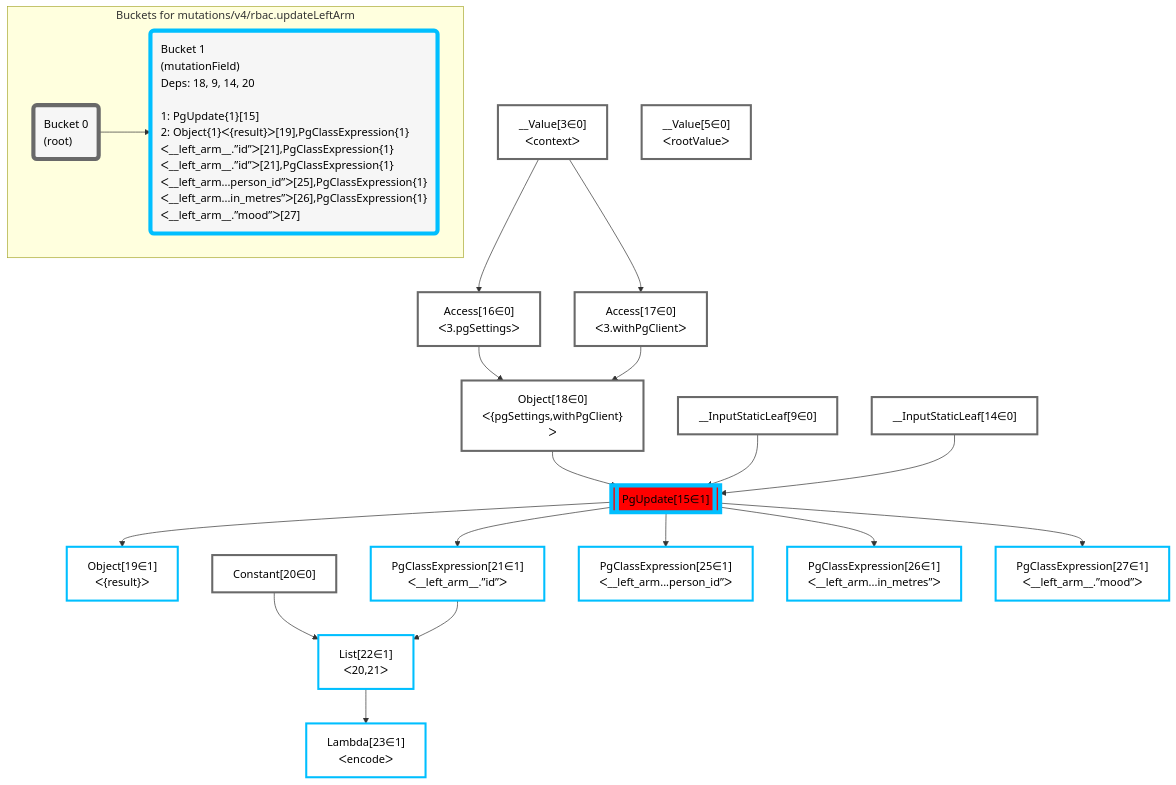
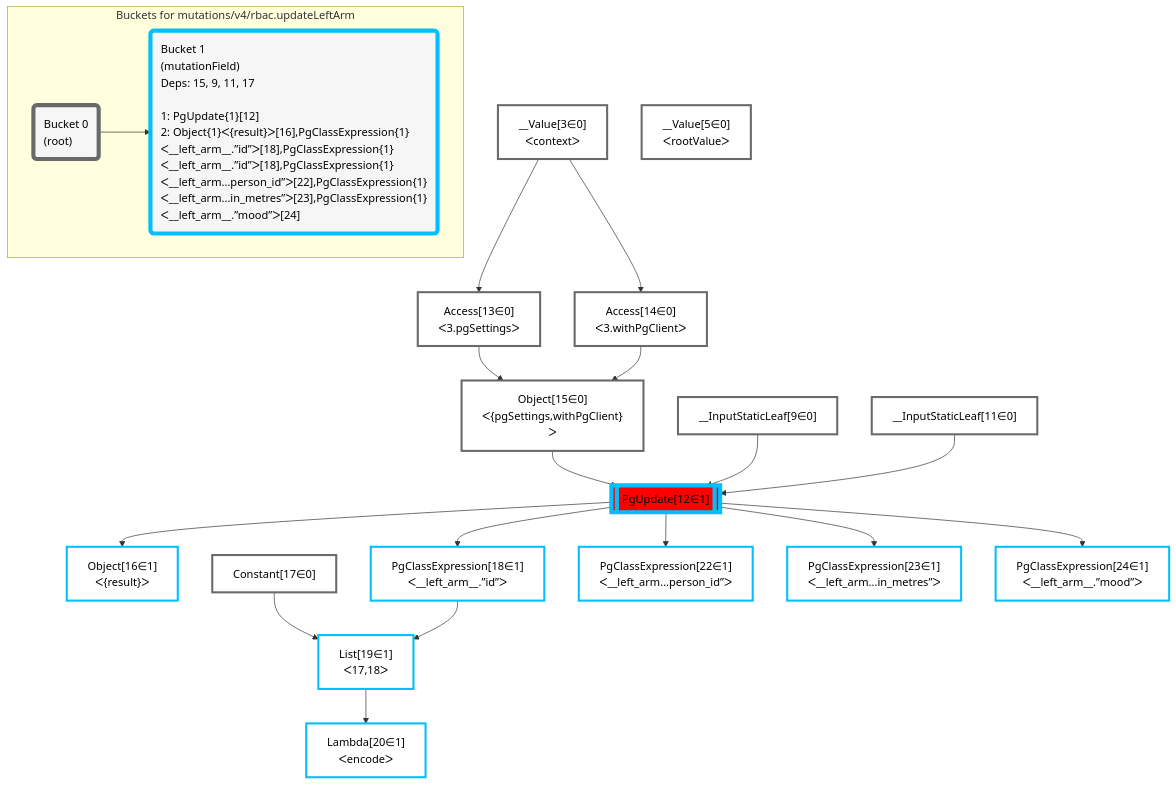
The diagram in packages/postgraphile/__tests__/mutations/v4/rbac.updateLeftArm.mermaid (graphile/crystal), drawn with Mermaid before and after one commit. The commit also changed 4 other files, not shown here.

Commit message:
Update mermaid plans

```diff
--- a/packages/postgraphile/__tests__/mutations/v4/rbac.updateLeftArm.mermaid
+++ b/packages/postgraphile/__tests__/mutations/v4/rbac.updateLeftArm.mermaid
@@ -1,48 +1,48 @@
 graph TD
     classDef path fill:#eee,stroke:#000,color:#000
     classDef plan fill:#fff,stroke-width:3px,color:#000
     classDef itemplan fill:#fff,stroke-width:6px,color:#000
     classDef sideeffectplan fill:#f00,stroke-width:6px,color:#000
     classDef bucket fill:#f6f6f6,color:#000,stroke-width:6px,text-align:left
 
 
     %% define steps
     __Value3["__Value[3∈0]<br />ᐸcontextᐳ"]:::plan
     __Value5["__Value[5∈0]<br />ᐸrootValueᐳ"]:::plan
     __InputStaticLeaf9["__InputStaticLeaf[9∈0]"]:::plan
-    __InputStaticLeaf14["__InputStaticLeaf[14∈0]"]:::plan
-    Access16["Access[16∈0]<br />ᐸ3.pgSettingsᐳ"]:::plan
-    Access17["Access[17∈0]<br />ᐸ3.withPgClientᐳ"]:::plan
-    Object18["Object[18∈0]<br />ᐸ{pgSettings,withPgClient}ᐳ"]:::plan
-    PgUpdate15[["PgUpdate[15∈1]"]]:::sideeffectplan
-    Object19["Object[19∈1]<br />ᐸ{result}ᐳ"]:::plan
-    Constant20["Constant[20∈0]"]:::plan
-    PgClassExpression21["PgClassExpression[21∈1]<br />ᐸ__left_arm__.”id”ᐳ"]:::plan
-    List22["List[22∈1]<br />ᐸ20,21ᐳ"]:::plan
-    Lambda23["Lambda[23∈1]<br />ᐸencodeᐳ"]:::plan
-    PgClassExpression25["PgClassExpression[25∈1]<br />ᐸ__left_arm...person_id”ᐳ"]:::plan
-    PgClassExpression26["PgClassExpression[26∈1]<br />ᐸ__left_arm...in_metres”ᐳ"]:::plan
-    PgClassExpression27["PgClassExpression[27∈1]<br />ᐸ__left_arm__.”mood”ᐳ"]:::plan
+    __InputStaticLeaf11["__InputStaticLeaf[11∈0]"]:::plan
+    Access13["Access[13∈0]<br />ᐸ3.pgSettingsᐳ"]:::plan
+    Access14["Access[14∈0]<br />ᐸ3.withPgClientᐳ"]:::plan
+    Object15["Object[15∈0]<br />ᐸ{pgSettings,withPgClient}ᐳ"]:::plan
+    PgUpdate12[["PgUpdate[12∈1]"]]:::sideeffectplan
+    Object16["Object[16∈1]<br />ᐸ{result}ᐳ"]:::plan
+    Constant17["Constant[17∈0]"]:::plan
+    PgClassExpression18["PgClassExpression[18∈1]<br />ᐸ__left_arm__.”id”ᐳ"]:::plan
+    List19["List[19∈1]<br />ᐸ17,18ᐳ"]:::plan
+    Lambda20["Lambda[20∈1]<br />ᐸencodeᐳ"]:::plan
+    PgClassExpression22["PgClassExpression[22∈1]<br />ᐸ__left_arm...person_id”ᐳ"]:::plan
+    PgClassExpression23["PgClassExpression[23∈1]<br />ᐸ__left_arm...in_metres”ᐳ"]:::plan
+    PgClassExpression24["PgClassExpression[24∈1]<br />ᐸ__left_arm__.”mood”ᐳ"]:::plan
 
     %% plan dependencies
-    __Value3 --> Access16
-    __Value3 --> Access17
-    Access16 & Access17 --> Object18
-    Object18 & __InputStaticLeaf9 & __InputStaticLeaf14 --> PgUpdate15
-    PgUpdate15 --> Object19
-    PgUpdate15 --> PgClassExpression21
-    Constant20 & PgClassExpression21 --> List22
-    List22 --> Lambda23
-    PgUpdate15 --> PgClassExpression25
-    PgUpdate15 --> PgClassExpression26
-    PgUpdate15 --> PgClassExpression27
+    __Value3 --> Access13
+    __Value3 --> Access14
+    Access13 & Access14 --> Object15
+    Object15 & __InputStaticLeaf9 & __InputStaticLeaf11 --> PgUpdate12
+    PgUpdate12 --> Object16
+    PgUpdate12 --> PgClassExpression18
+    Constant17 & PgClassExpression18 --> List19
+    List19 --> Lambda20
+    PgUpdate12 --> PgClassExpression22
+    PgUpdate12 --> PgClassExpression23
+    PgUpdate12 --> PgClassExpression24
 
     subgraph "Buckets for mutations/v4/rbac.updateLeftArm"
     Bucket0("Bucket 0<br />(root)"):::bucket
     classDef bucket0 stroke:#696969
-    class Bucket0,__Value3,__Value5,__InputStaticLeaf9,__InputStaticLeaf14,Access16,Access17,Object18,Constant20 bucket0
-    Bucket1("Bucket 1<br />(mutationField)<br />Deps: 18, 9, 14, 20<br /><br />1: PgUpdate{1}[15]<br />2: Object{1}ᐸ{result}ᐳ[19],PgClassExpression{1}ᐸ__left_arm__.”id”ᐳ[21],PgClassExpression{1}ᐸ__left_arm__.”id”ᐳ[21],PgClassExpression{1}ᐸ__left_arm...person_id”ᐳ[25],PgClassExpression{1}ᐸ__left_arm...in_metres”ᐳ[26],PgClassExpression{1}ᐸ__left_arm__.”mood”ᐳ[27]"):::bucket
+    class Bucket0,__Value3,__Value5,__InputStaticLeaf9,__InputStaticLeaf11,Access13,Access14,Object15,Constant17 bucket0
+    Bucket1("Bucket 1<br />(mutationField)<br />Deps: 15, 9, 11, 17<br /><br />1: PgUpdate{1}[12]<br />2: Object{1}ᐸ{result}ᐳ[16],PgClassExpression{1}ᐸ__left_arm__.”id”ᐳ[18],PgClassExpression{1}ᐸ__left_arm__.”id”ᐳ[18],PgClassExpression{1}ᐸ__left_arm...person_id”ᐳ[22],PgClassExpression{1}ᐸ__left_arm...in_metres”ᐳ[23],PgClassExpression{1}ᐸ__left_arm__.”mood”ᐳ[24]"):::bucket
     classDef bucket1 stroke:#00bfff
-    class Bucket1,PgUpdate15,Object19,PgClassExpression21,List22,Lambda23,PgClassExpression25,PgClassExpression26,PgClassExpression27 bucket1
+    class Bucket1,PgUpdate12,Object16,PgClassExpression18,List19,Lambda20,PgClassExpression22,PgClassExpression23,PgClassExpression24 bucket1
     Bucket0 --> Bucket1
     end
```
